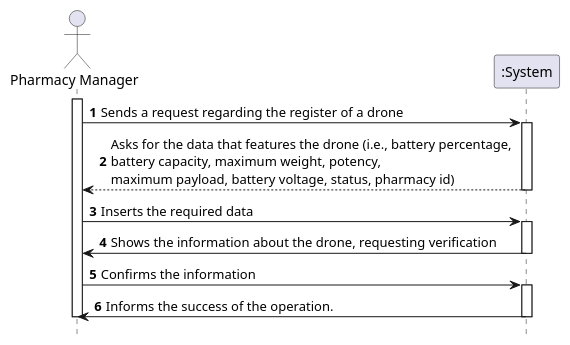
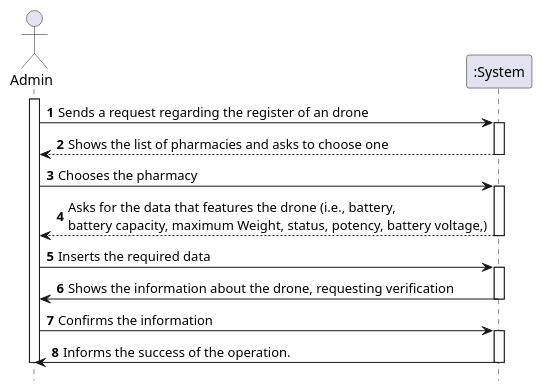
The diagram in docs/Iteration 2/Drone Management/US193_RegisterDrone/US193_SSD.puml (tiagoavcosta25/LAPR3), drawn with PlantUML before and after one commit. The commit also changed 19 other files, not shown here.

Commit message:
LAPR2AP2-235 #fixing Register Drone [Analysis]

```diff
--- a/docs/Iteration 2/Drone Management/US193_RegisterDrone/US193_SSD.puml
+++ b/docs/Iteration 2/Drone Management/US193_RegisterDrone/US193_SSD.puml
@@ -1,28 +1,34 @@
 @startuml
 autonumber
 hide footbox
 
-actor "Pharmacy Manager" as PHARMAN
+actor "Admin" as ADMIN
 
 participant ":System" as SYST
 
-activate PHARMAN
+activate ADMIN
 
-PHARMAN -> SYST : Sends a request regarding the register of a drone
+ADMIN -> SYST : Sends a request regarding the register of an drone
 activate SYST
-SYST --> PHARMAN : Asks for the data that features the drone (i.e., battery percentage, \nbattery capacity, maximum weight, potency,\nmaximum payload, battery voltage, status, pharmacy id)
+
+SYST --> ADMIN : Shows the list of pharmacies and asks to choose one
+deactivate SYST
+ADMIN -> SYST : Chooses the pharmacy
+activate SYST
+
+SYST --> ADMIN : Asks for the data that features the drone (i.e., battery, \nbattery capacity, maximum Weight, status, potency, battery voltage,)
 deactivate SYST
 
-PHARMAN -> SYST : Inserts the required data
+ADMIN -> SYST : Inserts the required data
 activate SYST
-SYST -> PHARMAN : Shows the information about the drone, requesting verification
+SYST -> ADMIN : Shows the information about the drone, requesting verification
 deactivate SYST
 
-PHARMAN -> SYST : Confirms the information
+ADMIN -> SYST : Confirms the information
 activate SYST
-SYST -> PHARMAN : Informs the success of the operation.
+SYST -> ADMIN : Informs the success of the operation.
 deactivate SYST
 
-deactivate PHARMAN
+deactivate ADMIN
 
 @enduml
```
